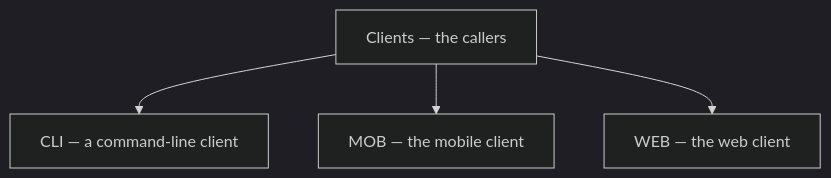
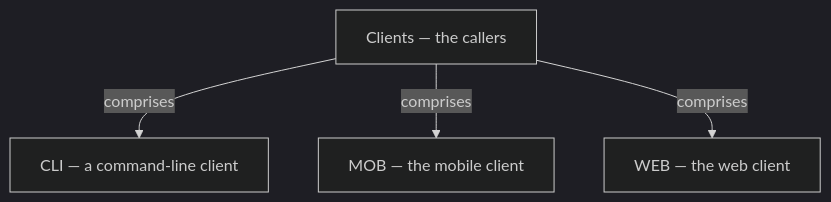
One commit to vinayakuber/microservices-io-study-guide changed the fifth of 13 diagrams in docs/ch23-api-gateway.md. Above: the diagram before and after it, drawn with Mermaid (dark theme). The commit also changed other lines of this file and 71 other files, not shown here.

First line of the commit message:
R18: label every diagram arrow with its meaning

````diff
--- a/docs/ch23-api-gateway.md
+++ b/docs/ch23-api-gateway.md
@@ -209,7 +209,7 @@
 ```mermaid
 flowchart TD
   R["Clients — the callers"]
-  R --> P0["CLI — a command-line client"]
-  R --> P1["MOB — the mobile client"]
-  R --> P2["WEB — the web client"]
+  R -->|"comprises"| P0["CLI — a command-line client"]
+  R -->|"comprises"| P1["MOB — the mobile client"]
+  R -->|"comprises"| P2["WEB — the web client"]
 ```
````
